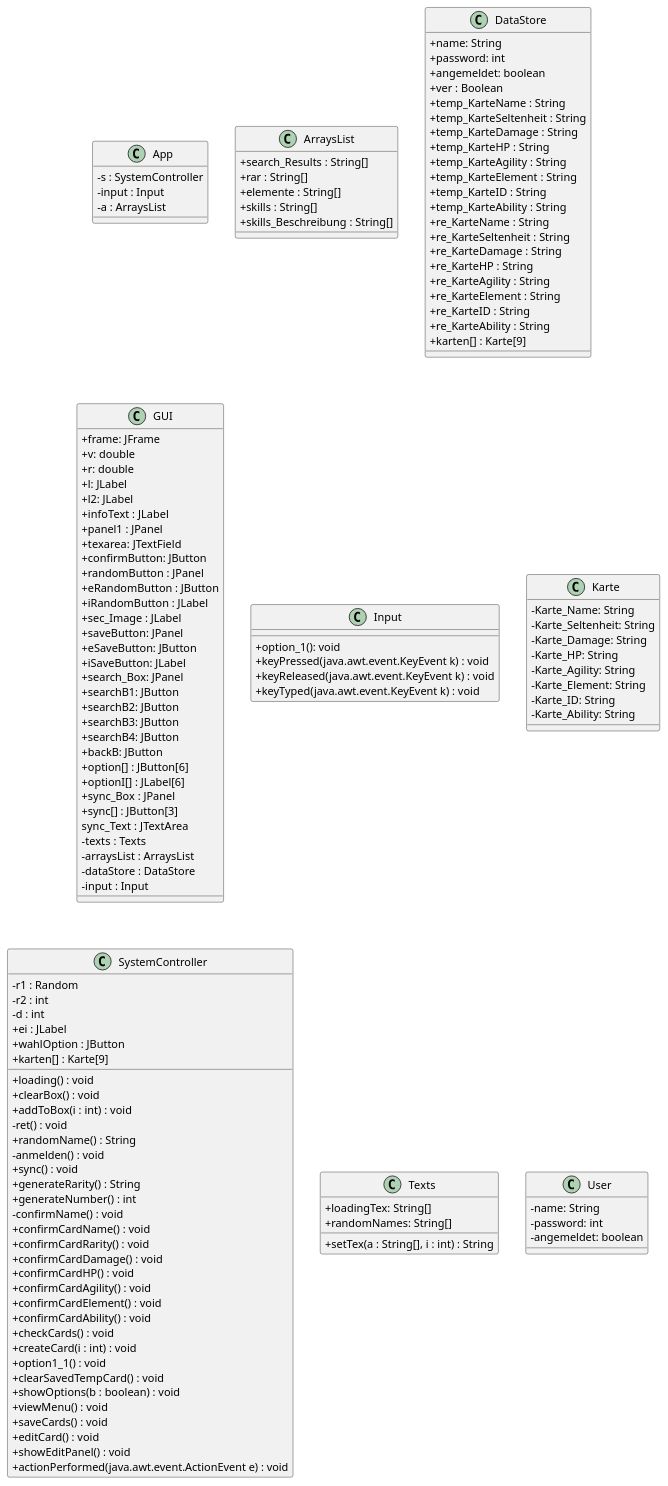
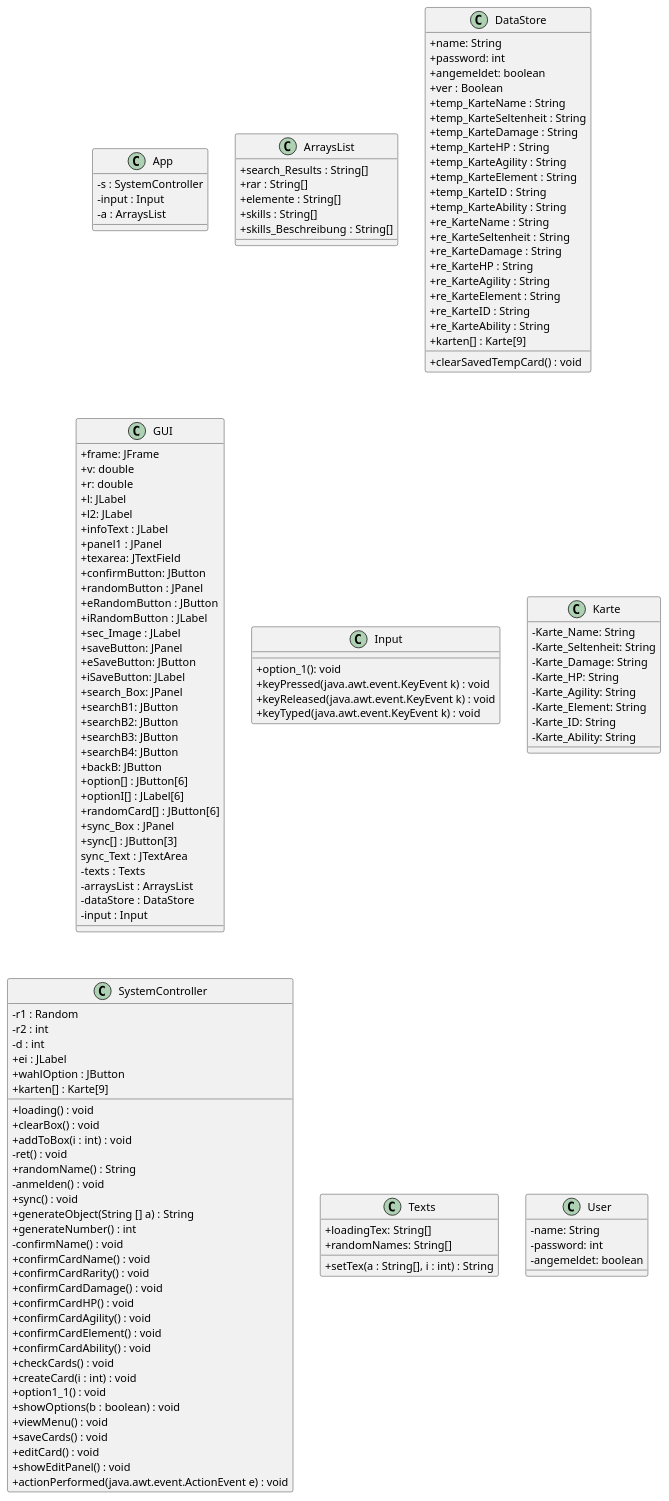
One commit to teach404W/Verwaltungssoftware_Team_2 changed the diagram in Docs/Pflichtenheft/Diagramme/Klassendiagramm.iuml. Above: the diagram before and after it, drawn with PlantUML. The commit also changed 3 other files, not shown here.

```diff
--- a/Docs/Pflichtenheft/Diagramme/Klassendiagramm.iuml
+++ b/Docs/Pflichtenheft/Diagramme/Klassendiagramm.iuml
@@ -1,155 +1,156 @@
 @startuml
 skinparam classAttributeIconSize 0
 
 class App{
  -s : SystemController
  -input : Input
  -a : ArraysList
 }
 
 
 
 class ArraysList{
 +search_Results : String[]
 +rar : String[]
 +elemente : String[]
 +skills : String[]
 +skills_Beschreibung : String[]
 
  }
  
  class DataStore{
  +name: String
  +password: int
  +angemeldet: boolean
  +ver : Boolean
  +temp_KarteName : String
  +temp_KarteSeltenheit : String
  +temp_KarteDamage : String
  +temp_KarteHP : String
  +temp_KarteAgility : String
  +temp_KarteElement : String
  +temp_KarteID : String
  +temp_KarteAbility : String    
  +re_KarteName : String
  +re_KarteSeltenheit : String
  +re_KarteDamage : String
  +re_KarteHP : String
  +re_KarteAgility : String
  +re_KarteElement : String
  +re_KarteID : String
  +re_KarteAbility : String
  +karten[] : Karte[9]
+ +clearSavedTempCard() : void
 }
 
 
 
 
 
 class GUI{
  +frame: JFrame
  +v: double
  +r: double
  +l: JLabel
  +l2: JLabel
  +infoText : JLabel
  +panel1 : JPanel
  +texarea: JTextField
  +confirmButton: JButton
  +randomButton : JPanel
  +eRandomButton : JButton
  +iRandomButton : JLabel
  +sec_Image : JLabel
  +saveButton: JPanel
  +eSaveButton: JButton
  +iSaveButton: JLabel
  +search_Box: JPanel
  +searchB1: JButton
  +searchB2: JButton
  +searchB3: JButton
  +searchB4: JButton
  +backB: JButton
  +option[] : JButton[6]
  +optionI[] : JLabel[6]
+ +randomCard[] : JButton[6]
  +sync_Box : JPanel
  +sync[] : JButton[3]
  sync_Text : JTextArea
  -texts : Texts
  -arraysList : ArraysList
  -dataStore : DataStore
  -input : Input
 
 }
 
 
 class Input{
  +option_1(): void
  +keyPressed(java.awt.event.KeyEvent k) : void
  +keyReleased(java.awt.event.KeyEvent k) : void
  +keyTyped(java.awt.event.KeyEvent k) : void
 }
 
 class Karte{
  -Karte_Name: String
  -Karte_Seltenheit: String
  -Karte_Damage: String
  -Karte_HP: String
  -Karte_Agility: String
  -Karte_Element: String
  -Karte_ID: String
  -Karte_Ability: String
 
 }
 
 class SystemController{
 -r1 : Random
 -r2 : int
 -d : int
 +ei : JLabel
 +wahlOption : JButton
  +karten[] : Karte[9]
  +loading() : void
  +clearBox() : void
  +addToBox(i : int) : void
  -ret() : void
  +randomName() : String
  -anmelden() : void
  +sync() : void
- +generateRarity() : String
+ +generateObject(String [] a) : String
  +generateNumber() : int
  -confirmName() : void
  +confirmCardName() : void
  +confirmCardRarity() : void
  +confirmCardDamage() : void
  +confirmCardHP() : void
  +confirmCardAgility() : void
  +confirmCardElement() : void
  +confirmCardAbility() : void
  +checkCards() : void
  +createCard(i : int) : void
  +option1_1() : void
- +clearSavedTempCard() : void
  +showOptions(b : boolean) : void
  +viewMenu() : void
  +saveCards() : void
  +editCard() : void
  +showEditPanel() : void
  +actionPerformed(java.awt.event.ActionEvent e) : void
 }
 
 
 class Texts{
 +loadingTex: String[]
 +randomNames: String[]
 +setTex(a : String[], i : int) : String
 }
 
 class User{
  -name: String
  -password: int
  -angemeldet: boolean
 }
 
 
 
 @enduml
```
